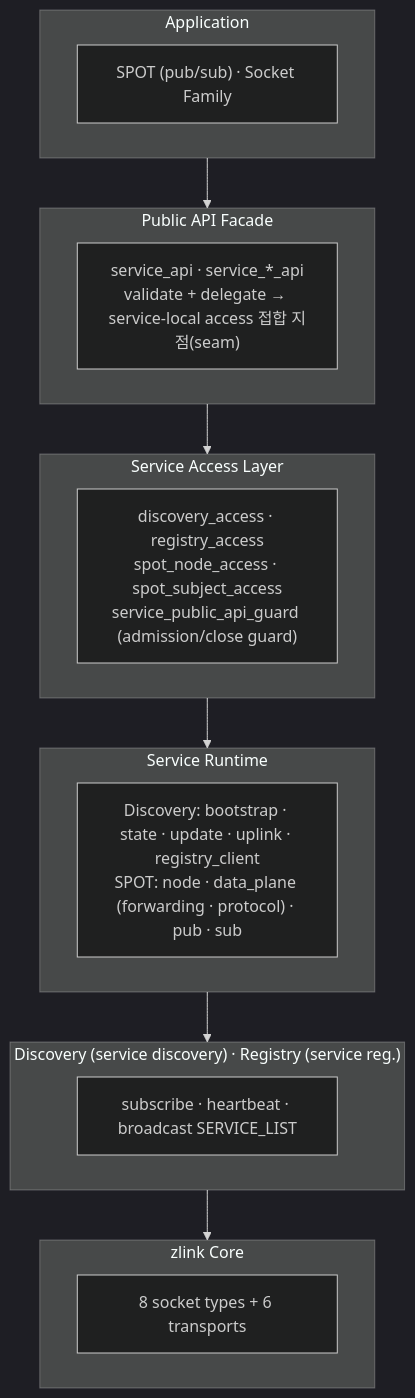
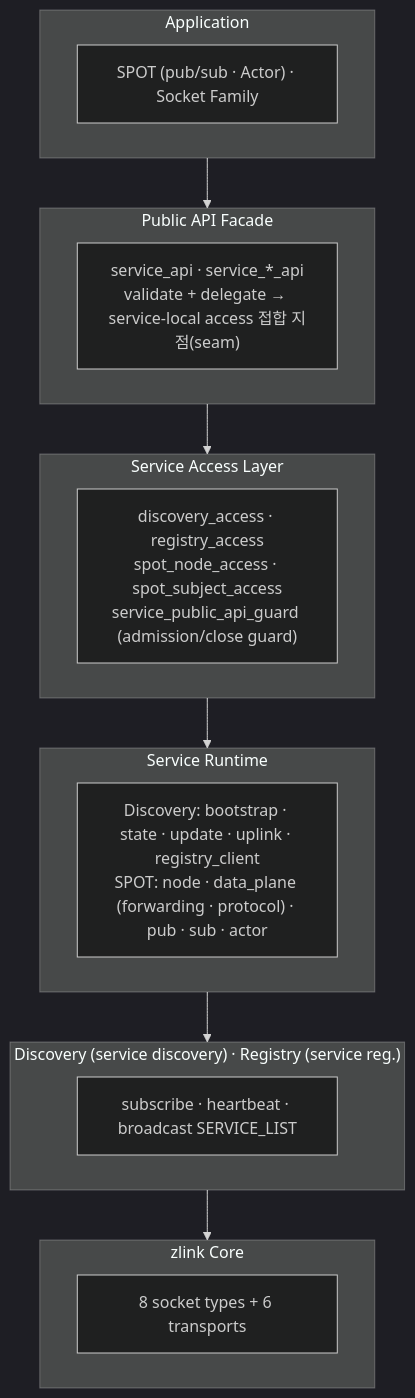
Before and after one commit to kairos-code-dev/zlink: the first of 3 diagrams in doc/guide/07-0-services.ko.md, drawn with Mermaid (dark theme). The commit also changed other lines of this file and 57 other files, not shown here.

````diff
--- a/doc/guide/07-0-services.ko.md
+++ b/doc/guide/07-0-services.ko.md
@@ -16,28 +16,28 @@
 ```mermaid
 flowchart TB
     subgraph app["Application"]
-        A1["SPOT (pub/sub) · Socket Family"]
+        A1["SPOT (pub/sub · Actor) · Socket Family"]
     end
 
     subgraph facade["Public API Facade"]
         F1["service_api · service_*_api<br/>validate + delegate → service-local access 접합 지점(seam)"]
     end
 
     subgraph access["Service Access Layer"]
         AC1["discovery_access · registry_access<br/>spot_node_access · spot_subject_access<br/>service_public_api_guard (admission/close guard)"]
     end
 
     subgraph runtime["Service Runtime"]
-        RT1["Discovery: bootstrap · state · update · uplink · registry_client<br/>SPOT: node · data_plane (forwarding · protocol) · pub · sub"]
+        RT1["Discovery: bootstrap · state · update · uplink · registry_client<br/>SPOT: node · data_plane (forwarding · protocol) · pub · sub · actor"]
     end
 
     subgraph infra["Discovery (service discovery) · Registry (service reg.)"]
         IN1["subscribe · heartbeat · broadcast SERVICE_LIST"]
     end
 
     subgraph core["zlink Core"]
         C1["8 socket types + 6 transports"]
     end
 
     app --> facade --> access --> runtime --> infra --> core
 ```
````
